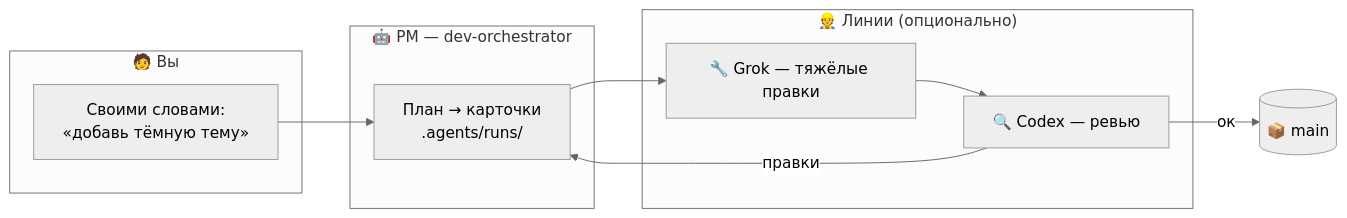
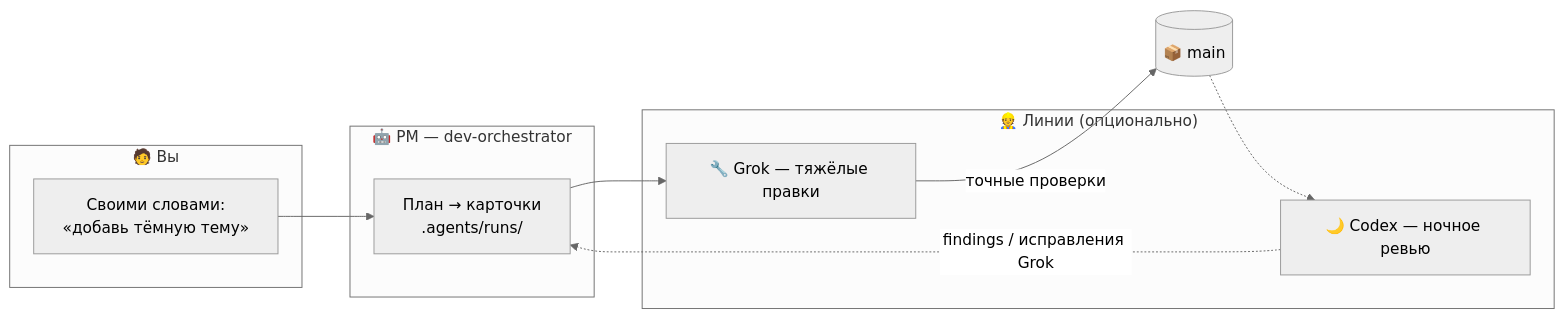
Before and after one commit to VKirill/claude-lane-stack: the diagram in README.ru.md, drawn with Mermaid (neutral theme). The commit also changed other lines of this file and 49 other files, not shown here.

````diff
--- a/README.ru.md
+++ b/README.ru.md
@@ -72,18 +74,18 @@
 ```mermaid
 flowchart LR
     subgraph you ["🧑 Вы"]
         A["Своими словами:<br/>«добавь тёмную тему»"]
     end
     subgraph pm ["🤖 PM — dev-orchestrator"]
         B["План → карточки<br/>.agents/runs/"]
     end
     subgraph lanes ["👷 Линии (опционально)"]
         D["🔧 Grok — тяжёлые правки"]
-        E["🔍 Codex — ревью"]
+        E["🌙 Codex — ночное ревью"]
     end
     A --> B
     B --> D
-    D --> E
-    E -->|ок| F[("📦 main")]
-    E -->|правки| B
+    D -->|точные проверки| F[("📦 main")]
+    F -.-> E
+    E -.->|findings / исправления Grok| B
 ```
````
